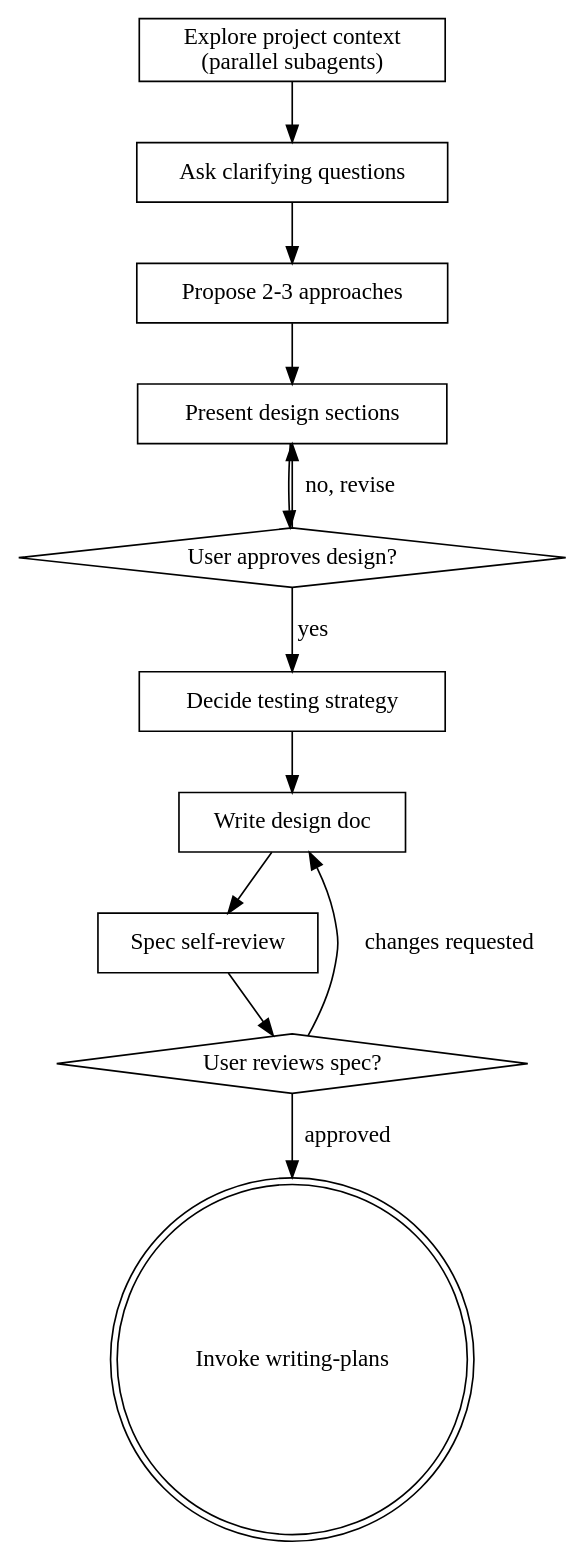
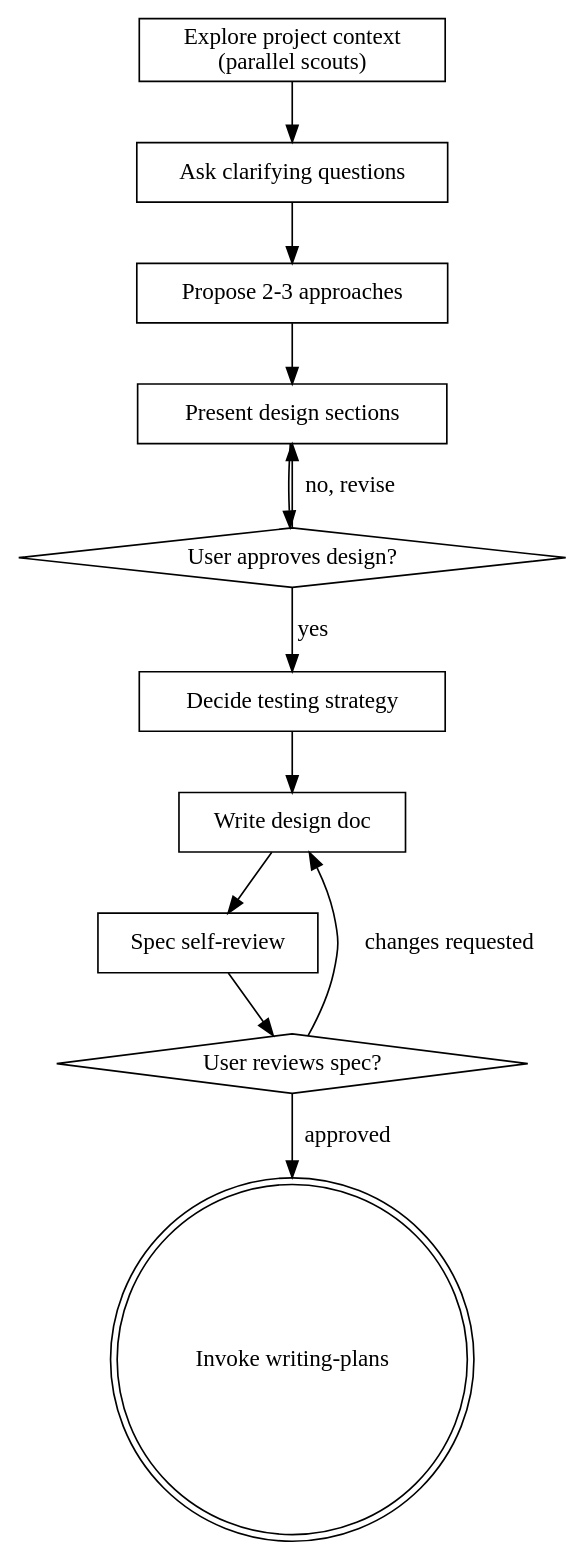
One commit to clashmar/know-how changed the diagram in skills/brainstorming/SKILL.md. Above: the diagram before and after it, drawn with Graphviz. The commit also changed other lines of this file and 9 other files, not shown here.

````diff
--- a/skills/brainstorming/SKILL.md
+++ b/skills/brainstorming/SKILL.md
@@ -32,26 +32,26 @@
 ```dot
 digraph brainstorming {
-    "Explore project context\n(parallel subagents)" [shape=box];
+    "Explore project context\n(parallel scouts)" [shape=box];
     "Ask clarifying questions" [shape=box];
     "Propose 2-3 approaches" [shape=box];
     "Present design sections" [shape=box];
     "User approves design?" [shape=diamond];
     "Decide testing strategy" [shape=box];
     "Write design doc" [shape=box];
     "Spec self-review" [shape=box];
     "User reviews spec?" [shape=diamond];
     "Invoke writing-plans" [shape=doublecircle];
 
-    "Explore project context\n(parallel subagents)" -> "Ask clarifying questions";
+    "Explore project context\n(parallel scouts)" -> "Ask clarifying questions";
     "Ask clarifying questions" -> "Propose 2-3 approaches";
     "Propose 2-3 approaches" -> "Present design sections";
     "Present design sections" -> "User approves design?";
     "User approves design?" -> "Present design sections" [label="no, revise"];
     "User approves design?" -> "Decide testing strategy" [label="yes"];
     "Decide testing strategy" -> "Write design doc";
     "Write design doc" -> "Spec self-review";
     "Spec self-review" -> "User reviews spec?";
     "User reviews spec?" -> "Write design doc" [label="changes requested"];
     "User reviews spec?" -> "Invoke writing-plans" [label="approved"];
 }
 ```
````
